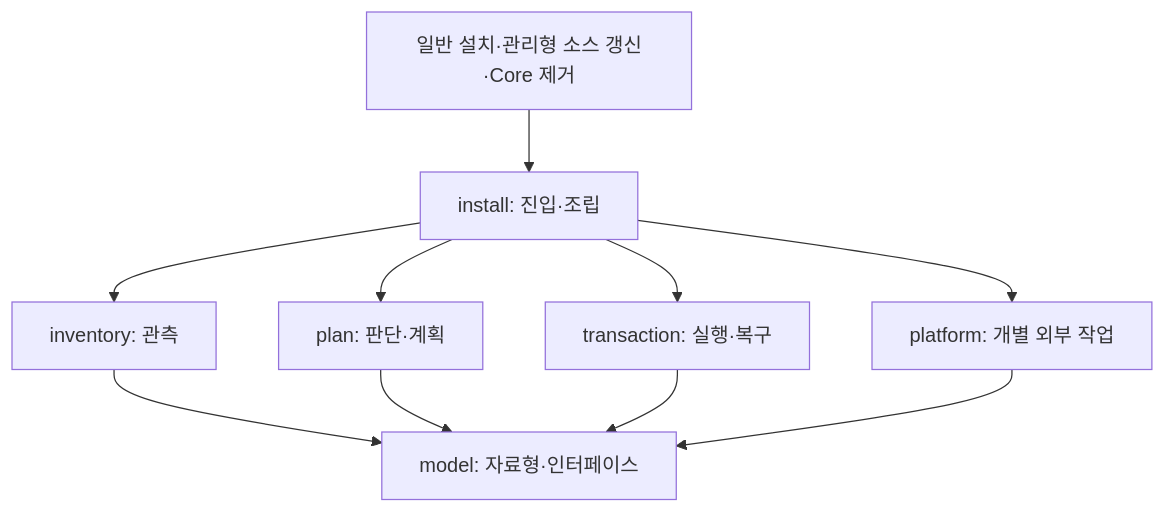
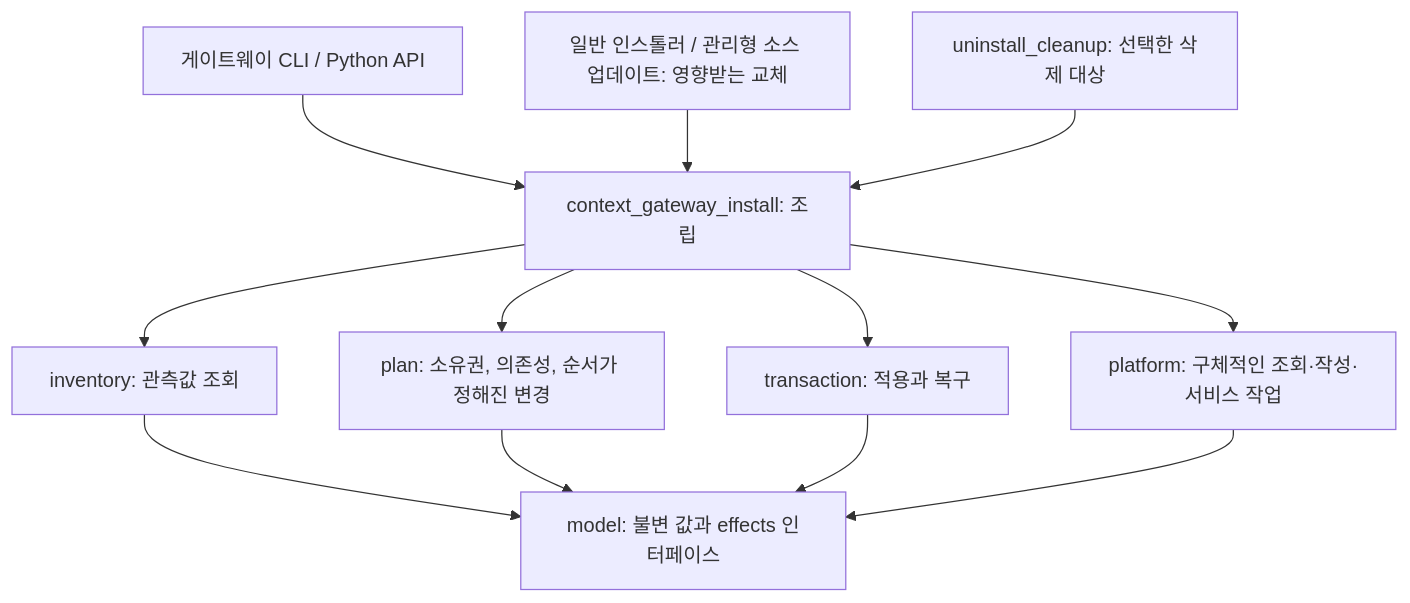
The first of 6 diagrams in docs/ko/coding-convention/specs/2026-10-15-gateway-installer-design.md (AidALL/ghost-alice), drawn with Mermaid before and after one commit. The commit also changed other lines of this file and 43 other files, not shown here.

````diff
--- a/docs/ko/coding-convention/specs/2026-10-15-gateway-installer-design.md
+++ b/docs/ko/coding-convention/specs/2026-10-15-gateway-installer-design.md
@@ -30,12 +55,14 @@
 ```mermaid
 flowchart TD
-    CALL["일반 설치·관리형 소스 갱신·Core 제거"] --> E["install: 진입·조립"]
-    E --> I["inventory: 관측"]
-    E --> P["plan: 판단·계획"]
-    E --> T["transaction: 실행·복구"]
-    E --> A["platform: 개별 외부 작업"]
-    I --> M["model: 자료형·인터페이스"]
-    P --> M
-    T --> M
-    A --> M
+    CLI["게이트웨이 CLI / Python API"] --> ENTRY["context_gateway_install: 조립"]
+    INSTALL["일반 인스톨러 / 관리형 소스 업데이트: 영향받는 교체"] --> ENTRY
+    REMOVE["uninstall_cleanup: 선택한 삭제 대상"] --> ENTRY
+    ENTRY --> INV["inventory: 관측값 조회"]
+    ENTRY --> PLAN["plan: 소유권, 의존성, 순서가 정해진 변경"]
+    ENTRY --> TX["transaction: 적용과 복구"]
+    ENTRY --> IO["platform: 구체적인 조회·작성·서비스 작업"]
+    INV --> MODEL["model: 불변 값과 effects 인터페이스"]
+    PLAN --> MODEL
+    TX --> MODEL
+    IO --> MODEL
 ```
````
